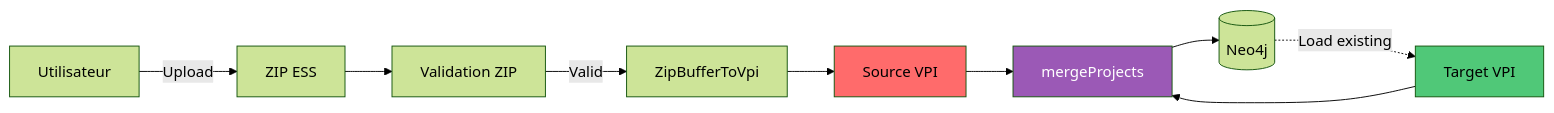
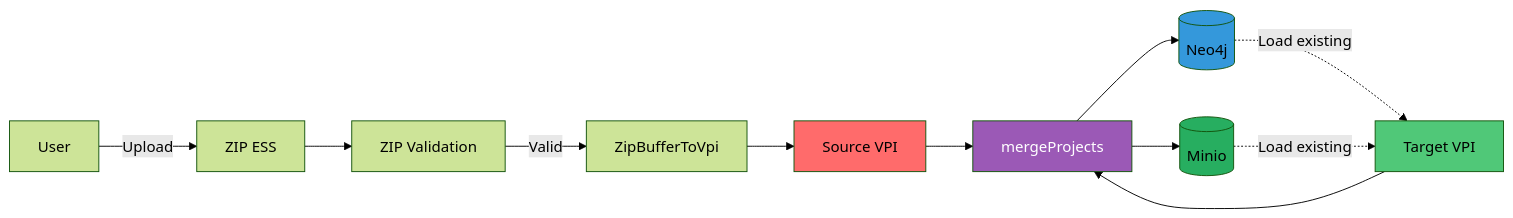
Diagram 13 of 13 in vnv-doc-content/blog/posts/Validation procedures.md (infrasoftbe/vnv-doc), drawn with Mermaid (forest theme) before and after one commit. The commit also changed other lines of this file and 9 other files, not shown here.

````diff
--- a/vnv-doc-content/blog/posts/Validation procedures.md
+++ b/vnv-doc-content/blog/posts/Validation procedures.md
@@ -812,24 +843,29 @@
 ```mermaid
 graph LR
-    USER[Utilisateur]
+    USER[User]
     ZIP[ZIP ESS]
-    VALIDATOR[Validation ZIP]
+    VALIDATOR[ZIP Validation]
     PARSER[ZipBufferToVpi]
     SOURCE[Source VPI]
     TARGET[Target VPI]
     MERGE[mergeProjects]
     NEO4J[(Neo4j)]
+    MINIO[(Minio)]
     
     USER -->|Upload| ZIP
     ZIP --> VALIDATOR
     VALIDATOR -->|Valid| PARSER
     PARSER --> SOURCE
     NEO4J -.->|Load existing| TARGET
+    MINIO -.->|Load existing| TARGET
     SOURCE --> MERGE
     TARGET --> MERGE
     MERGE --> NEO4J
+    MERGE --> MINIO
     
     style MERGE fill:#9b59b6,color:#fff
     style SOURCE fill:#ff6b6b
     style TARGET fill:#50c878
+    style NEO4J fill:#3498db
+    style MINIO fill:#27ae60
 ```
````
